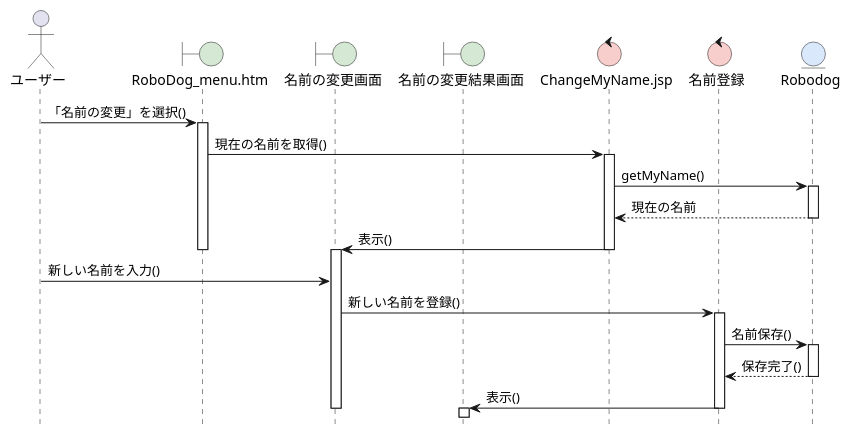
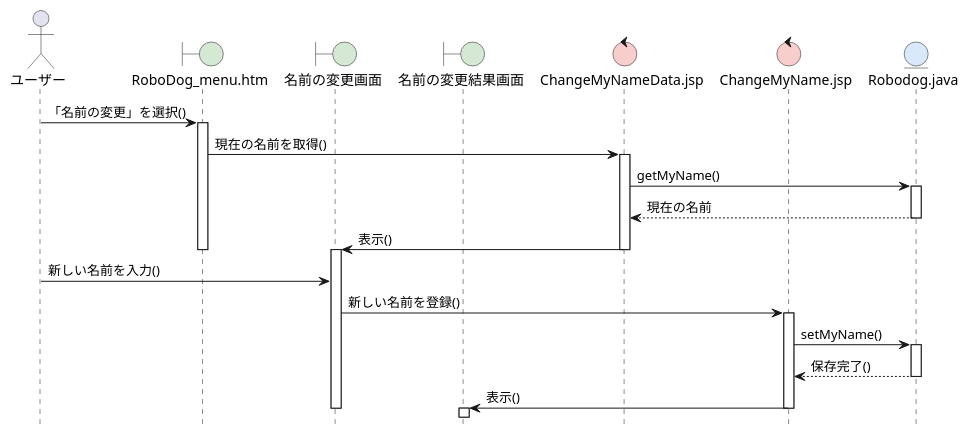
The diagram in 06_robo_dog/sequence_01_change_name.pu (ogatasyuto/ohara_uml), drawn with PlantUML before and after one commit. The commit also changed 2 other files, not shown here.

```diff
--- a/06_robo_dog/sequence_01_change_name.pu
+++ b/06_robo_dog/sequence_01_change_name.pu
@@ -1,43 +1,43 @@
 @startuml RoboDogシステム-名前変更シーケンス図
 hide footbox
 skinparam boundaryBackgroundColor #D5E8D4
 skinparam controlBackgroundColor  #F8CECC
 skinparam entityBackgroundColor   #DAE8FC
 
 actor ユーザー as A
 boundary "RoboDog_menu.htm" as B1
 boundary 名前の変更画面 as B2
 boundary 名前の変更結果画面 as B3
-control "ChangeMyName.jsp" as C1
-control 名前登録 as C2
-entity Robodog as E
+control "ChangeMyNameData.jsp" as C1
+control "ChangeMyName.jsp" as C2
+entity "Robodog.java" as E
 
 A -> B1: 「名前の変更」を選択()
 activate B1
 
 B1 -> C1: 現在の名前を取得()
 activate C1
 C1 -> E: getMyName()
 activate E
 E --> C1: 現在の名前
 deactivate E
 C1 -> B2: 表示()
 deactivate C1
 deactivate B1
 activate B2
 
 A -> B2: 新しい名前を入力()
 
 B2 -> C2: 新しい名前を登録()
 activate C2
-C2 -> E: 名前保存()
+C2 -> E: setMyName()
 activate E
 E --> C2: 保存完了()
 deactivate E
 
 C2 -> B3: 表示()
 deactivate C2
 deactivate B2
 activate B3
 
 @enduml
```
